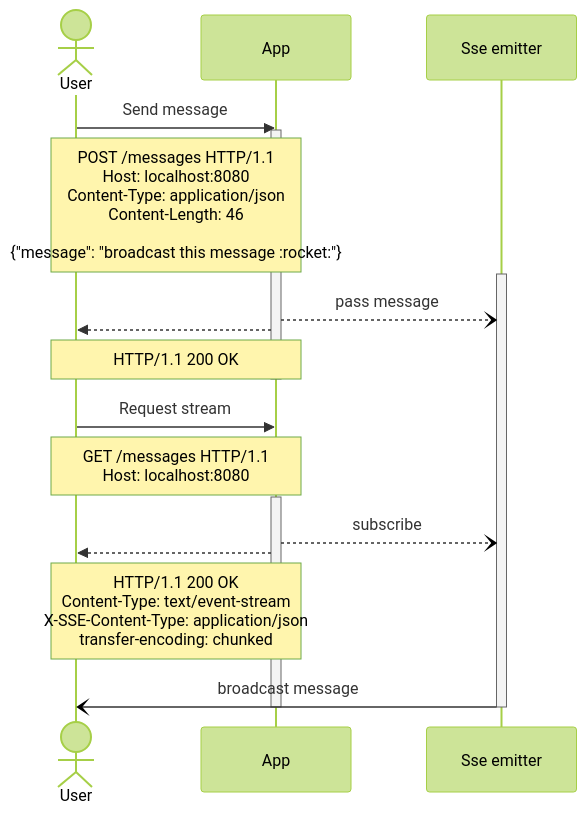
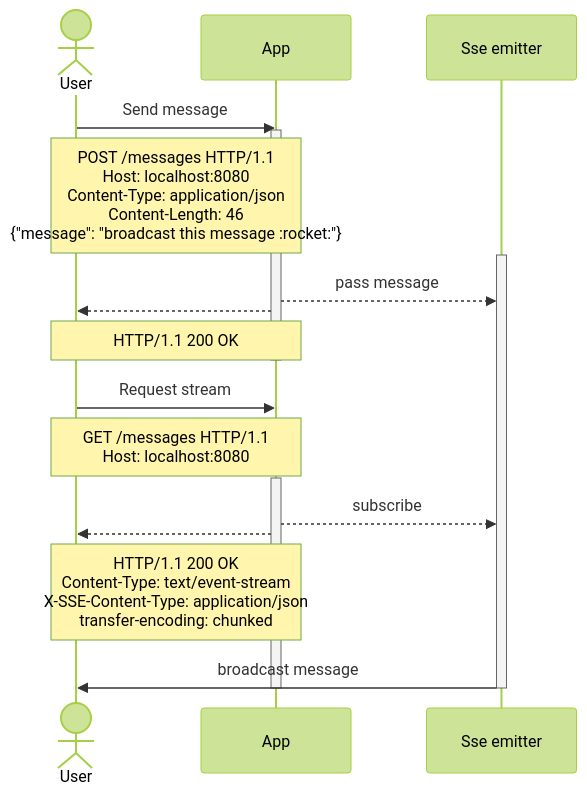
The diagram in _posts/2023-09-07-sse-documentation.md (Pakisan/pakisan.github.io), drawn with Mermaid (forest theme) before and after one commit.

Commit message:
fix: diagram 2023-09-07-sse-documentation.md

````diff
--- a/_posts/2023-09-07-sse-documentation.md
+++ b/_posts/2023-09-07-sse-documentation.md
@@ -25,25 +25,25 @@
 ```mermaid
 sequenceDiagram
   actor User
   participant App
   participant Sse emitter
 
   User->>App: Send message
   activate App
-  Note over App,User: POST /messages HTTP/1.1<br/>Host: localhost:8080<br/>Content-Type: application/json<br/>Content-Length: 46<br/><br/>{"message": "broadcast this message :rocket:"}
+  Note over App, User: POST /messages HTTP/1.1<br/>Host: localhost:8080<br/>Content-Type: application/json<br/>Content-Length: 46<br/>{"message": "broadcast this message :rocket:"}
   activate Sse emitter
-  App--)Sse emitter: pass message
+  App-->>Sse emitter: pass message
   App-->>User: 
   Note over App,User: HTTP/1.1 200 OK
   deactivate App
 
   User->>App: Request stream
   Note over App,User: GET /messages HTTP/1.1<br/>Host: localhost:8080
   activate App
-  App--)Sse emitter: subscribe
+  App-->>Sse emitter: subscribe
   App-->>User:  
   Note over App,User: HTTP/1.1 200 OK<br/>Content-Type: text/event-stream<br/>X-SSE-Content-Type: application/json<br/>transfer-encoding: chunked
-  Sse emitter-)User: broadcast message
+  Sse emitter->>User: broadcast message
   deactivate App
   deactivate Sse emitter
 ```
````
